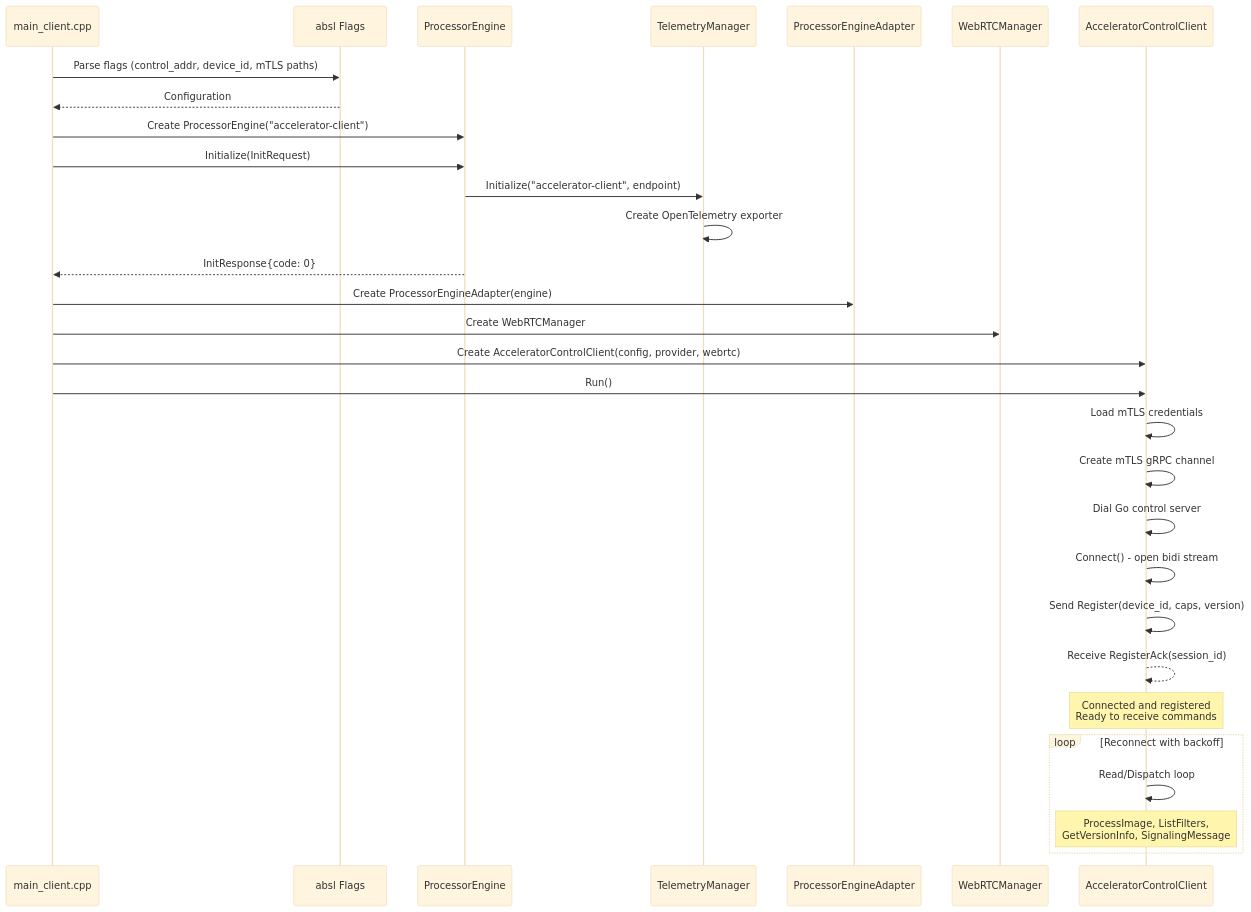
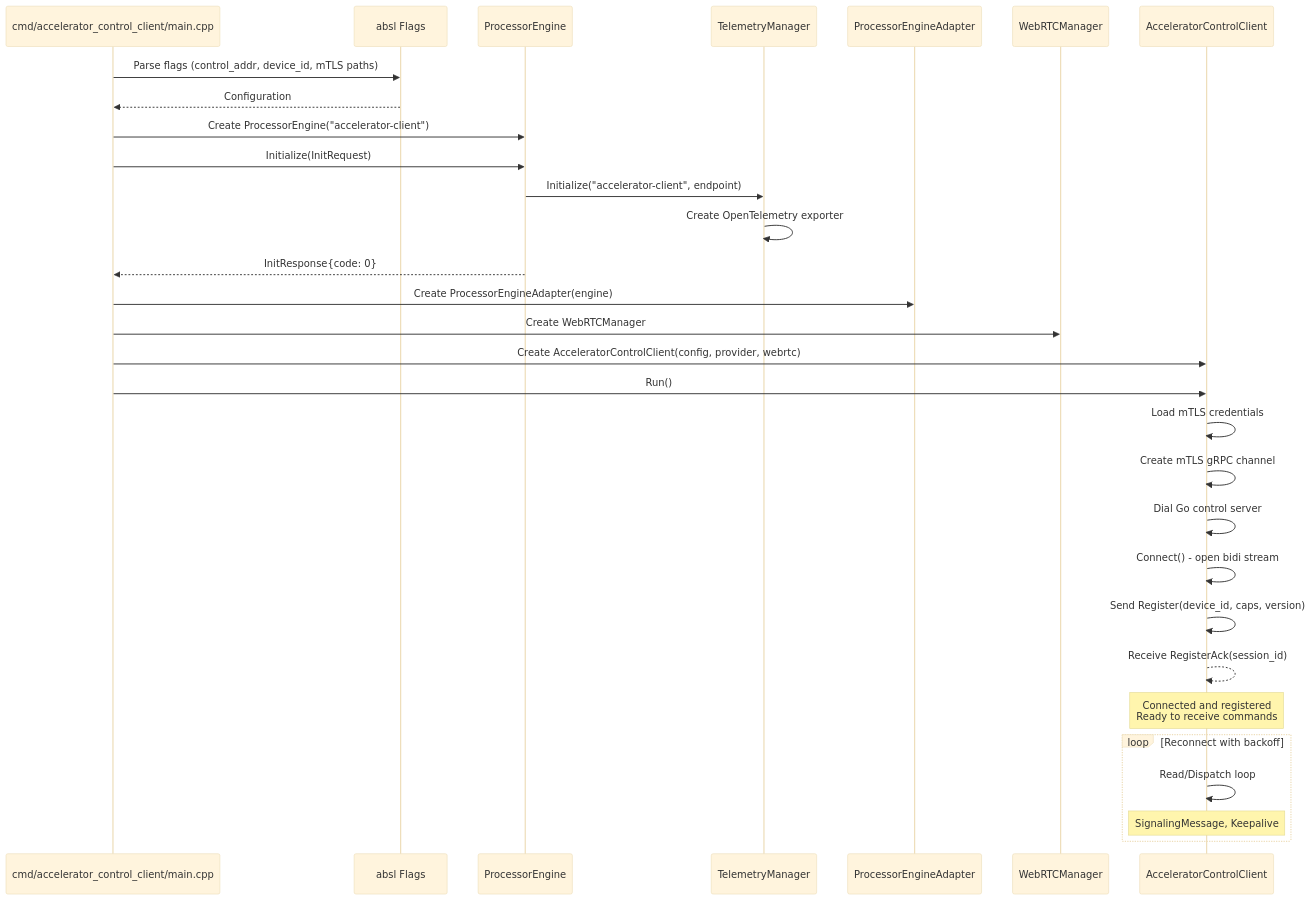
One commit to josnelihurt/learning-cuda changed the third of 6 diagrams in src/cpp_accelerator/README.md. Above: the diagram before and after it, drawn with Mermaid (base theme). The commit also changed other lines of this file and 199 other files, not shown here.

````diff
--- a/src/cpp_accelerator/README.md
+++ b/src/cpp_accelerator/README.md
@@ -187,38 +156,38 @@
 ```mermaid
 sequenceDiagram
-    participant Main as main_client.cpp
+    participant Main as cmd/accelerator_control_client/main.cpp
     participant Flags as absl Flags
     participant Engine as ProcessorEngine
     participant TM as TelemetryManager
     participant Provider as ProcessorEngineAdapter
     participant WebRTC as WebRTCManager
     participant Client as AcceleratorControlClient
-    
+
     Main->>Flags: Parse flags (control_addr, device_id, mTLS paths)
     Flags-->>Main: Configuration
-    
+
     Main->>Engine: Create ProcessorEngine("accelerator-client")
     Main->>Engine: Initialize(InitRequest)
     Engine->>TM: Initialize("accelerator-client", endpoint)
     TM->>TM: Create OpenTelemetry exporter
     Engine-->>Main: InitResponse{code: 0}
-    
+
     Main->>Provider: Create ProcessorEngineAdapter(engine)
     Main->>WebRTC: Create WebRTCManager
     Main->>Client: Create AcceleratorControlClient(config, provider, webrtc)
     Main->>Client: Run()
-    
+
     Client->>Client: Load mTLS credentials
     Client->>Client: Create mTLS gRPC channel
     Client->>Client: Dial Go control server
     Client->>Client: Connect() - open bidi stream
     Client->>Client: Send Register(device_id, caps, version)
     Client-->>Client: Receive RegisterAck(session_id)
-    
+
     Note over Client: Connected and registered<br/>Ready to receive commands
-    
+
     loop Reconnect with backoff
         Client->>Client: Read/Dispatch loop
-        Note over Client: ProcessImage, ListFilters,<br/>GetVersionInfo, SignalingMessage
+        Note over Client: SignalingMessage, Keepalive
     end
 ```
````
